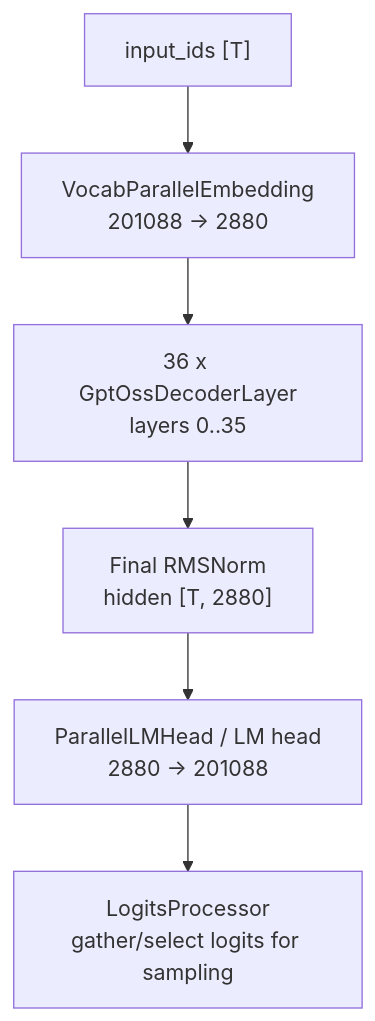
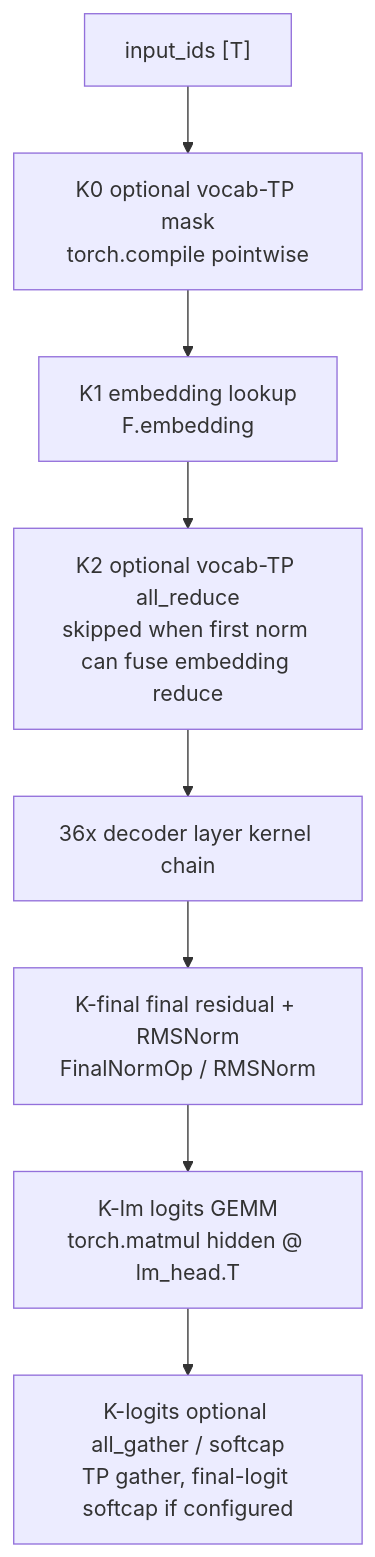
The first of 3 diagrams in docs/serving/gpt-oss-120b-graph.md (Max191-agents/tokenspeed), drawn with Mermaid before and after one commit. The commit also changed other lines of this file, not shown here.

Commit message:
docs: refine GPT-OSS kernel graph

````diff
--- a/docs/serving/gpt-oss-120b-graph.md
+++ b/docs/serving/gpt-oss-120b-graph.md
@@ -44,8 +63,11 @@
 ```mermaid
 flowchart TD
-  ids["input_ids [T]"] --> emb["VocabParallelEmbedding<br/>201088 -> 2880"]
-  emb --> blocks["36 x GptOssDecoderLayer<br/>layers 0..35"]
-  blocks --> final_norm["Final RMSNorm<br/>hidden [T, 2880]"]
-  final_norm --> head["ParallelLMHead / LM head<br/>2880 -> 201088"]
-  head --> logits["LogitsProcessor<br/>gather/select logits for sampling"]
+  ids["input_ids [T]"]
+  ids --> e0["K0 optional vocab-TP mask<br/>torch.compile pointwise"]
+  e0 --> e1["K1 embedding lookup<br/>F.embedding"]
+  e1 --> e2["K2 optional vocab-TP all_reduce<br/>skipped when first norm can fuse embedding reduce"]
+  e2 --> blocks["36x decoder layer kernel chain"]
+  blocks --> fn["K-final final residual + RMSNorm<br/>FinalNormOp / RMSNorm"]
+  fn --> l0["K-lm logits GEMM<br/>torch.matmul hidden @ lm_head.T"]
+  l0 --> l1["K-logits optional all_gather / softcap<br/>TP gather, final-logit softcap if configured"]
 ```
````
